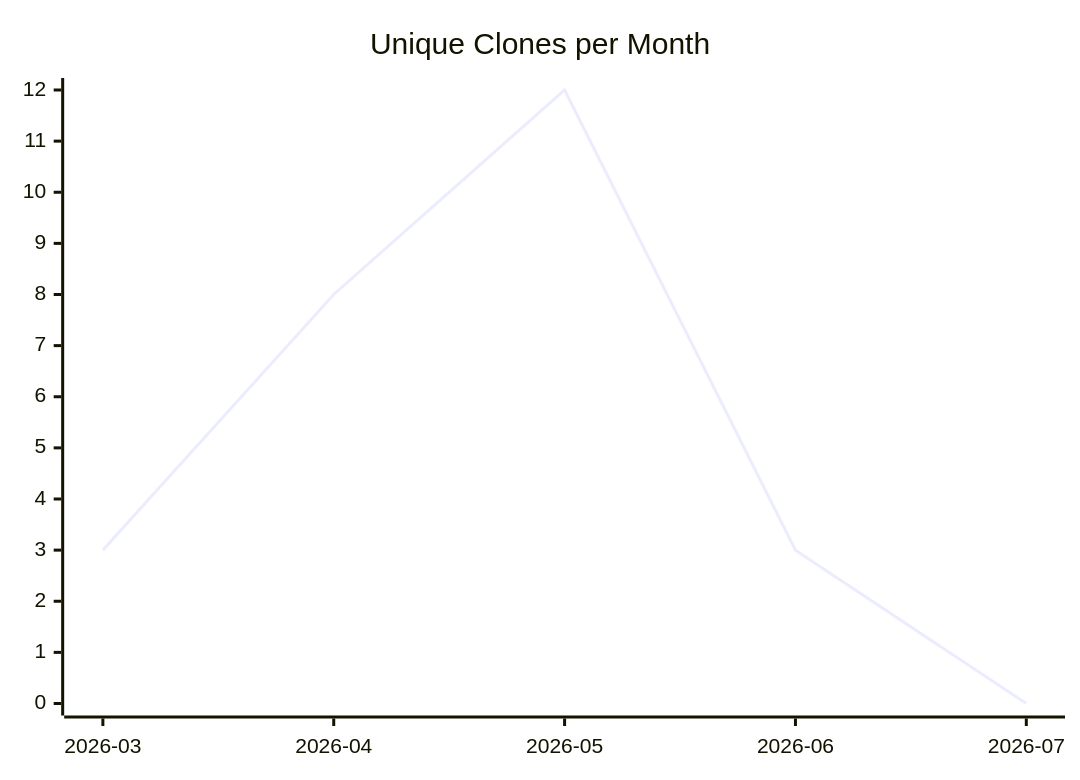
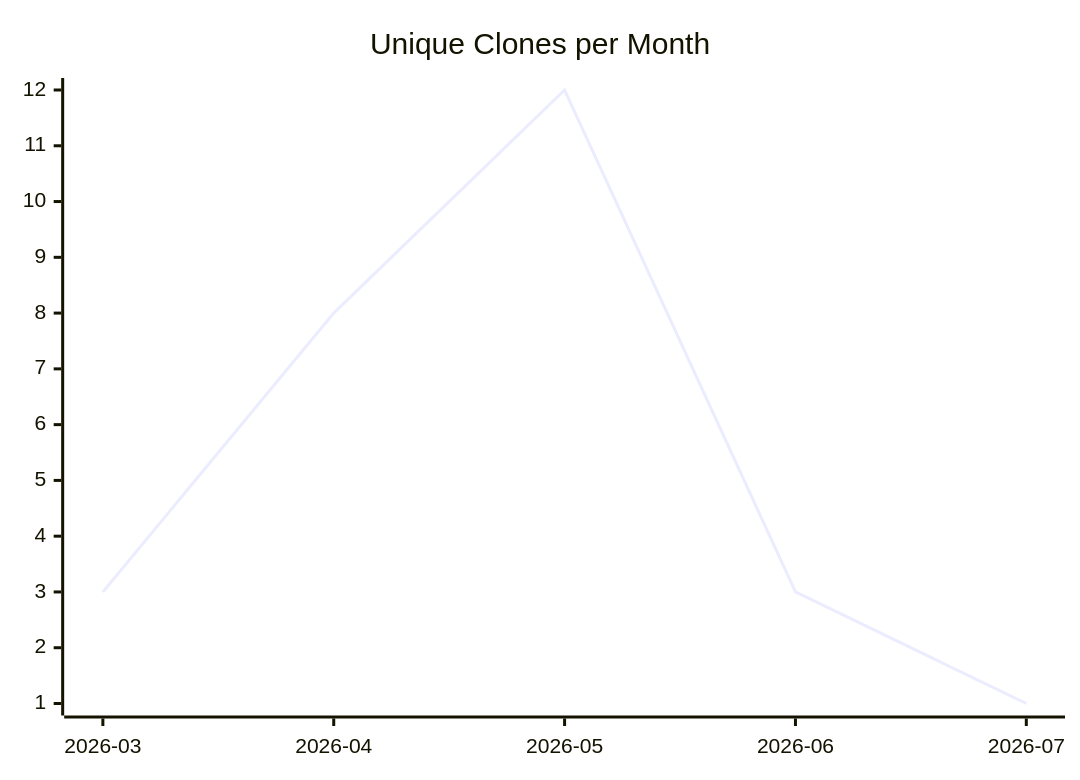
The third of 3 diagrams in karlmdavis/puppet-sonar/README.md (justdavis-family/github-analytics-data), drawn with Mermaid before and after one commit. The commit also changed other lines of this file and 185 other files, not shown here.

````diff
--- a/karlmdavis/puppet-sonar/README.md
+++ b/karlmdavis/puppet-sonar/README.md
@@ -19,6 +19,6 @@
 ```mermaid
 xychart-beta
   title "Unique Clones per Month"
   x-axis ["2026-03", "2026-04", "2026-05", "2026-06", "2026-07"]
-  line [3, 8, 12, 3, 0]
+  line [3, 8, 12, 3, 1]
 ```
````
